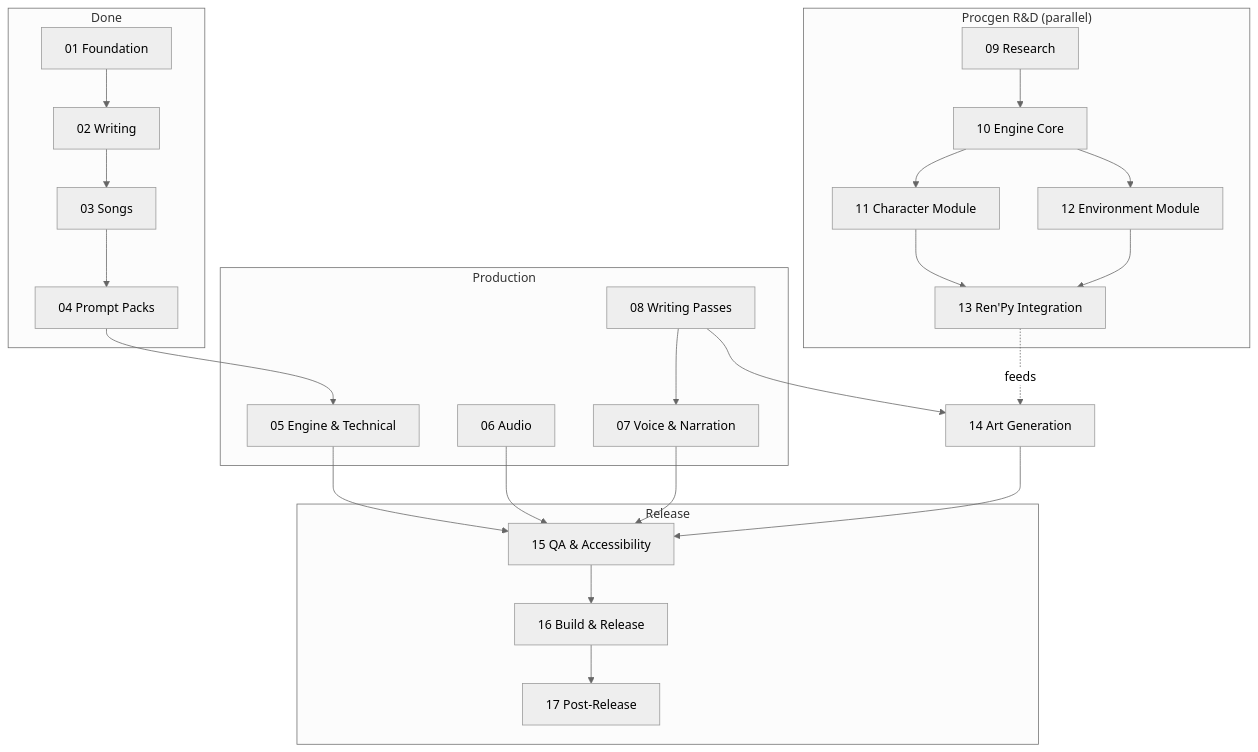
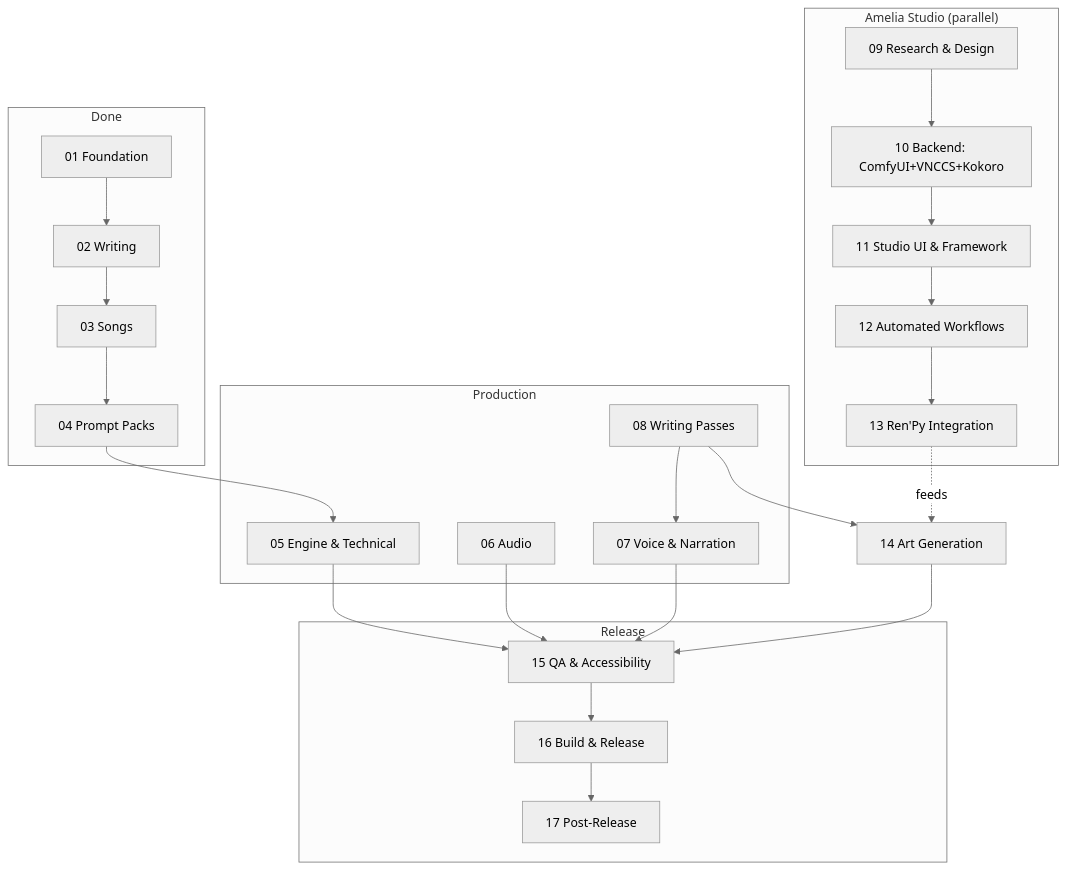
Before and after one commit to HammerOfSteel/theCK: the diagram in Amelia_V2/todo/todo_overview.md, drawn with Mermaid (neutral theme). The commit also changed other lines of this file and 17 other files, not shown here.

First line of the commit message:
todo: pivot procgen track -> Amelia Studio (ComfyUI/VNCCS/Kokoro)

````diff
--- a/Amelia_V2/todo/todo_overview.md
+++ b/Amelia_V2/todo/todo_overview.md
@@ -16,31 +17,30 @@
 ```mermaid
 graph TD
     subgraph Done
         P1[01 Foundation]-->P2[02 Writing]-->P3[03 Songs]-->P4[04 Prompt Packs]
     end
     subgraph Production
         P5[05 Engine & Technical]
         P6[06 Audio]
         P7[07 Voice & Narration]
         P8[08 Writing Passes]
     end
-    subgraph "Procgen R&D (parallel)"
-        P9[09 Research]-->P10[10 Engine Core]
-        P10-->P11[11 Character Module]
-        P10-->P12[12 Environment Module]
-        P11-->P13[13 Ren'Py Integration]
-        P12-->P13
+    subgraph "Amelia Studio (parallel)"
+        P9[09 Research & Design]-->P10[10 Backend: ComfyUI+VNCCS+Kokoro]
+        P10-->P11[11 Studio UI & Framework]
+        P11-->P12[12 Automated Workflows]
+        P12-->P13[13 Ren'Py Integration]
     end
     P14[14 Art Generation]
     subgraph Release
         P15[15 QA & Accessibility]-->P16[16 Build & Release]-->P17[17 Post-Release]
     end
     P4-->P5
     P8-->P7
     P8-->P14
     P13-. feeds .->P14
     P5-->P15
     P6-->P15
     P7-->P15
     P14-->P15
 ```
````
